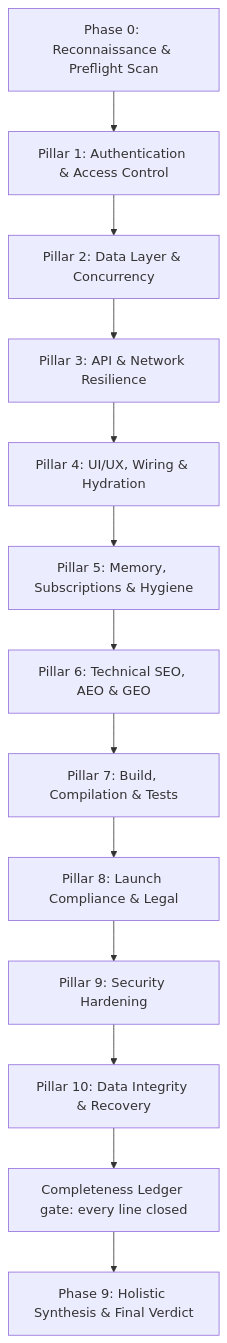
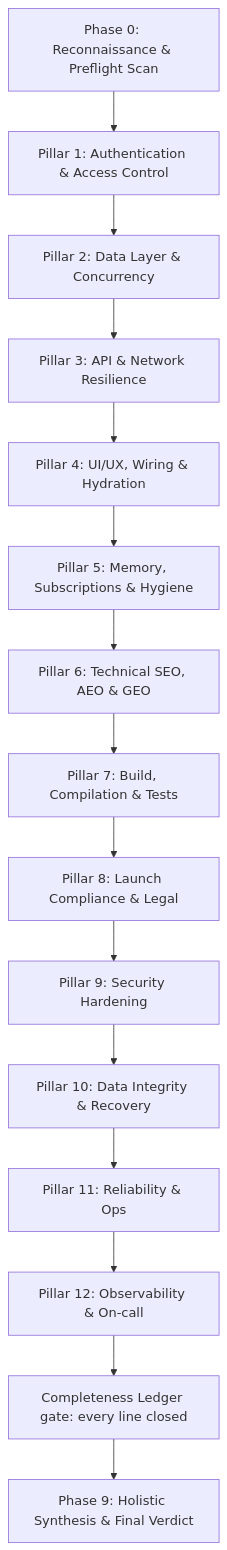
The diagram in skills/developer-pay-handoff-simulator/SKILL.md (Kryptopacy/pacy-codebase-auditor), drawn with Mermaid before and after one commit. The commit also changed other lines of this file and 7 other files, not shown here.

First line of the commit message:
feat: graduate Reliability & Ops (P11) and Observability & On-call (P12)

````diff
--- a/skills/developer-pay-handoff-simulator/SKILL.md
+++ b/skills/developer-pay-handoff-simulator/SKILL.md
@@ -58,15 +58,17 @@
 ```mermaid
 graph TD
     S0["Phase 0: Reconnaissance & Preflight Scan"] --> P1["Pillar 1: Authentication & Access Control"]
     P1 --> P2["Pillar 2: Data Layer & Concurrency"]
     P2 --> P3["Pillar 3: API & Network Resilience"]
     P3 --> P4["Pillar 4: UI/UX, Wiring & Hydration"]
     P4 --> P5["Pillar 5: Memory, Subscriptions & Hygiene"]
     P5 --> P6["Pillar 6: Technical SEO, AEO & GEO"]
     P6 --> P7["Pillar 7: Build, Compilation & Tests"]
     P7 --> P8["Pillar 8: Launch Compliance & Legal"]
     P8 --> P9["Pillar 9: Security Hardening"]
     P9 --> P10["Pillar 10: Data Integrity & Recovery"]
-    P10 --> L["Completeness Ledger gate: every line closed"]
+    P10 --> P11["Pillar 11: Reliability & Ops"]
+    P11 --> P12["Pillar 12: Observability & On-call"]
+    P12 --> L["Completeness Ledger gate: every line closed"]
     L --> FS["Phase 9: Holistic Synthesis & Final Verdict"]
 ```
````
